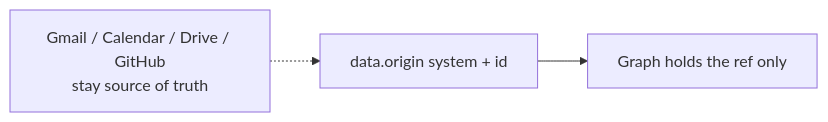
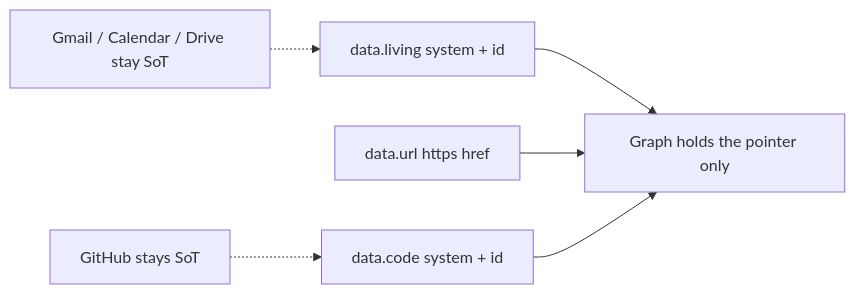
The eighth of 11 diagrams in docs/ARCHITECTURE.md (dgraziosi/foundation), drawn with Mermaid before and after one commit. The commit also changed other lines of this file and 38 other files, not shown here.

First line of the commit message:
Living and code pointers; Viewer Open on data.url

````diff
--- a/docs/ARCHITECTURE.md
+++ b/docs/ARCHITECTURE.md
@@ -215,8 +222,14 @@
 ```mermaid
 flowchart LR
-  sot["Gmail / Calendar / Drive / GitHub<br/>stay source of truth"]
-  origin_ref["data.origin system + id"]
-  holds_ref["Graph holds the ref only"]
-  sot -.-> origin_ref
-  origin_ref --> holds_ref
+  sot["Gmail / Calendar / Drive stay SoT"]
+  living_ref["data.living system + id"]
+  url_ref["data.url https href"]
+  code_sot["GitHub stays SoT"]
+  code_ref["data.code system + id"]
+  holds_ref["Graph holds the pointer only"]
+  sot -.-> living_ref
+  living_ref --> holds_ref
+  url_ref --> holds_ref
+  code_sot -.-> code_ref
+  code_ref --> holds_ref
 ```
````
